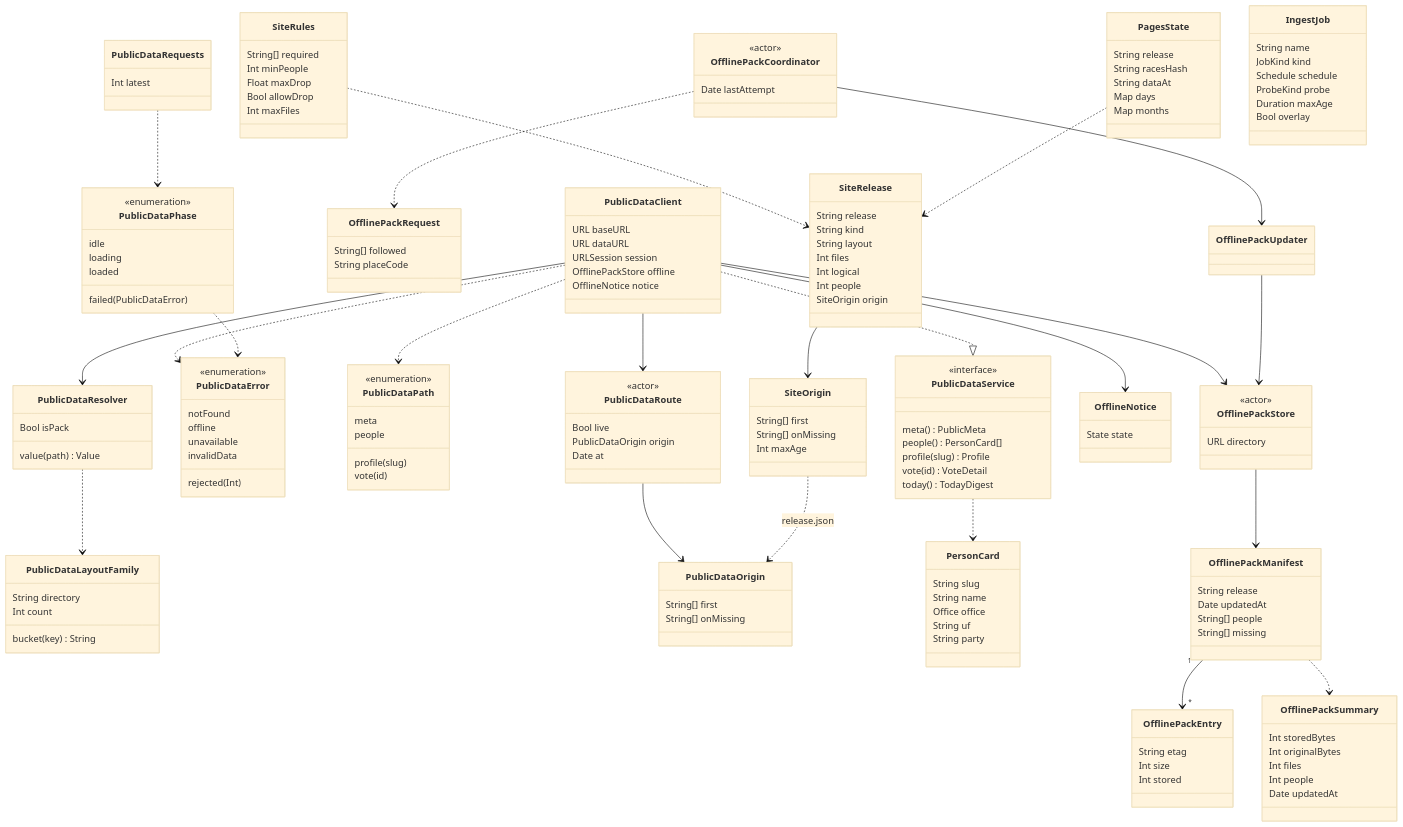
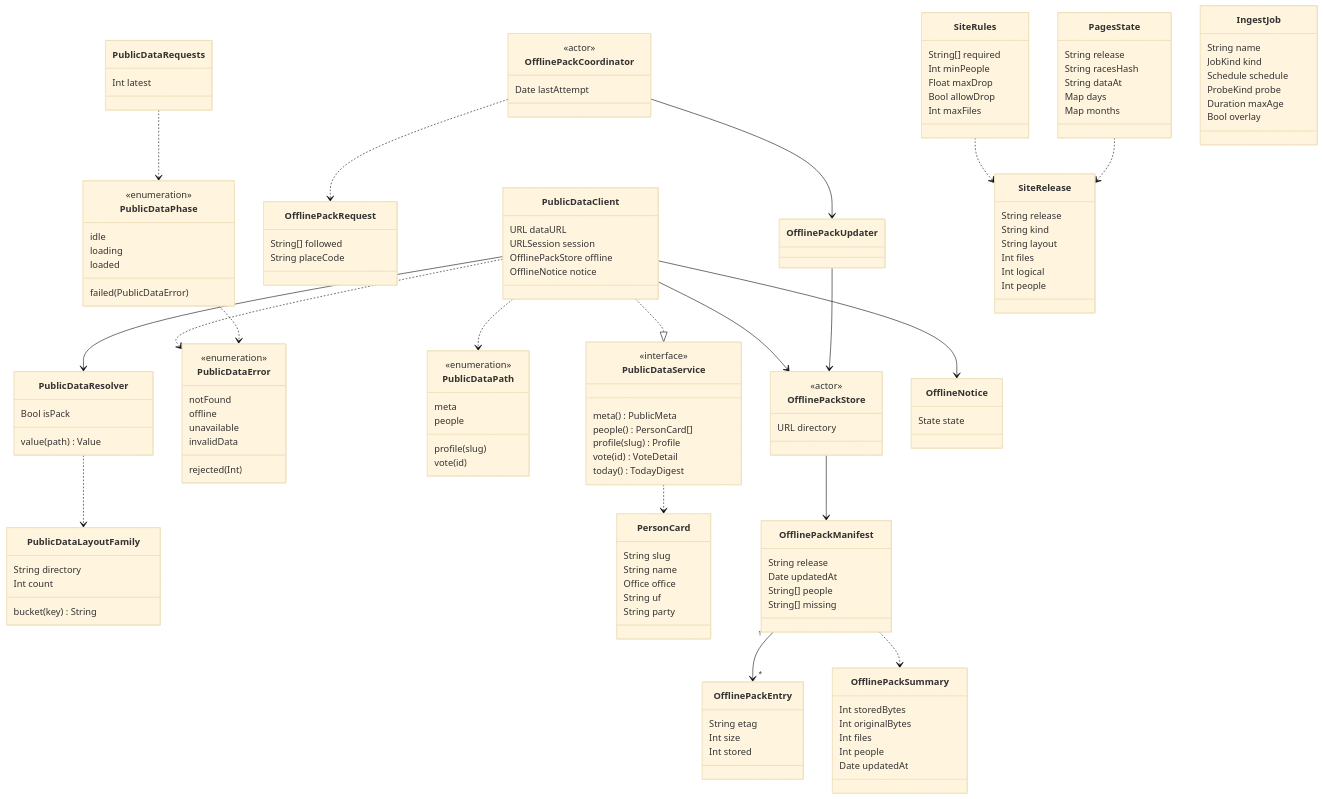
The diagram in spdd/prompt/FSC-002-202610291700-[Codify]-public-data-api.md (byescaleira/fiscal), drawn with Mermaid (base theme) before and after one commit. The commit also changed other lines of this file and 20 other files, not shown here.

````diff
--- a/spdd/prompt/FSC-002-202610291700-[Codify]-public-data-api.md
+++ b/spdd/prompt/FSC-002-202610291700-[Codify]-public-data-api.md
@@ -34,7 +33,6 @@
     today() TodayDigest
   }
   class PublicDataClient {
-    URL baseURL
     URL dataURL
     URLSession session
     OfflinePackStore offline
@@ -59,16 +57,6 @@
     String directory
     Int count
     bucket(key) String
-  }
-  class PublicDataRoute {
-    <<actor>>
-    Bool live
-    PublicDataOrigin origin
-    Date at
-  }
-  class PublicDataOrigin {
-    String[] first
-    String[] onMissing
   }
   class PublicDataResolver {
     Bool isPack
@@ -132,12 +120,6 @@
     Int files
     Int logical
     Int people
-    SiteOrigin origin
-  }
-  class SiteOrigin {
-    String[] first
-    String[] onMissing
-    Int maxAge
   }
   class SiteRules {
     String[] required
@@ -162,13 +144,11 @@
     Bool overlay
   }
   PublicDataClient ..|> PublicDataService
-  PublicDataClient --> PublicDataRoute
   PublicDataClient --> PublicDataResolver
   PublicDataClient --> OfflinePackStore
   PublicDataClient --> OfflineNotice
   PublicDataClient ..> PublicDataError
   PublicDataClient ..> PublicDataPath
-  PublicDataRoute --> PublicDataOrigin
   PublicDataResolver ..> PublicDataLayoutFamily
   PublicDataService ..> PersonCard
   OfflinePackStore --> OfflinePackManifest
@@ -179,8 +159,6 @@
   OfflinePackCoordinator ..> OfflinePackRequest
   PublicDataPhase ..> PublicDataError
   PublicDataRequests ..> PublicDataPhase
-  SiteRelease --> SiteOrigin
   SiteRules ..> SiteRelease
   PagesState ..> SiteRelease
-  SiteOrigin ..> PublicDataOrigin : release.json
 ```
````
